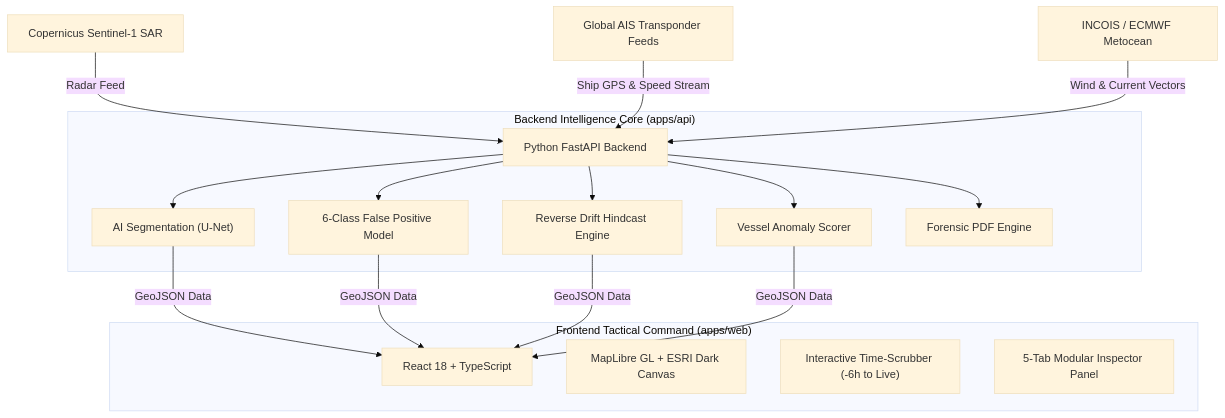
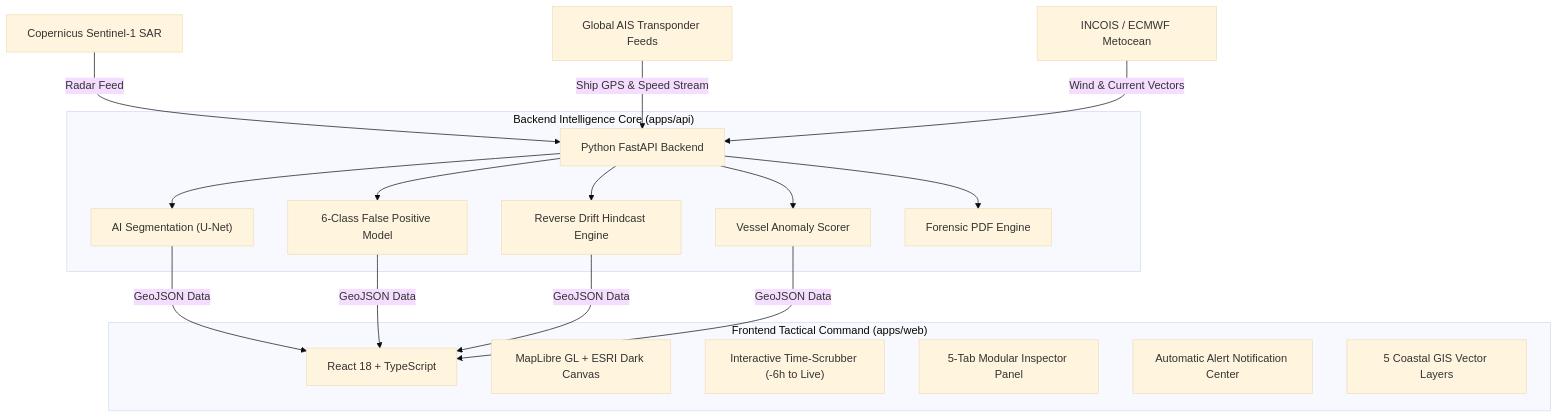
The first of 2 diagrams in COMPLETE_SYSTEM_ARCHITECTURE_AND_PIPELINE.md (harshitchoudhary2744/OceanGaurd), drawn with Mermaid (base theme) before and after one commit. The commit also changed other lines of this file, not shown here.

Commit message:
docs: update complete system architecture & pipeline documentation with authoritative sources, 5 coastal layers, and alert locator system

````diff
--- a/COMPLETE_SYSTEM_ARCHITECTURE_AND_PIPELINE.md
+++ b/COMPLETE_SYSTEM_ARCHITECTURE_AND_PIPELINE.md
@@ -24,23 +26,25 @@
 ```mermaid
 graph TD
     A["Copernicus Sentinel-1 SAR"] -->|Radar Feed| B["Python FastAPI Backend"]
     C["Global AIS Transponder Feeds"] -->|Ship GPS & Speed Stream| B
     D["INCOIS / ECMWF Metocean"] -->|Wind & Current Vectors| B
     
     subgraph "Backend Intelligence Core (apps/api)"
         B --> E["AI Segmentation (U-Net)"]
         B --> F["6-Class False Positive Model"]
         B --> G["Reverse Drift Hindcast Engine"]
         B --> H["Vessel Anomaly Scorer"]
         B --> I["Forensic PDF Engine"]
     end
     
     subgraph "Frontend Tactical Command (apps/web)"
         J["React 18 + TypeScript"]
         K["MapLibre GL + ESRI Dark Canvas"]
         L["Interactive Time-Scrubber (-6h to Live)"]
         M["5-Tab Modular Inspector Panel"]
+        N["Automatic Alert Notification Center"]
+        O["5 Coastal GIS Vector Layers"]
     end
     
     E & F & G & H -->|GeoJSON Data| J
 ```
````
